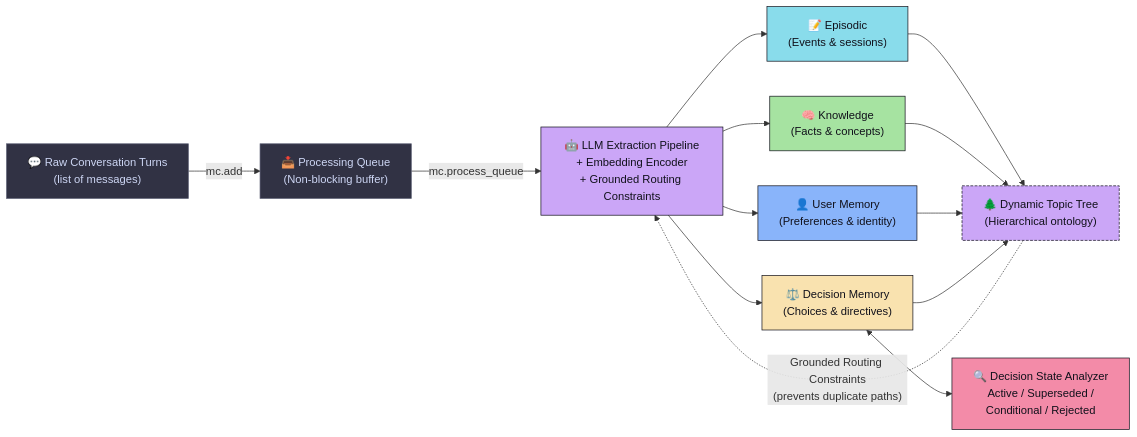
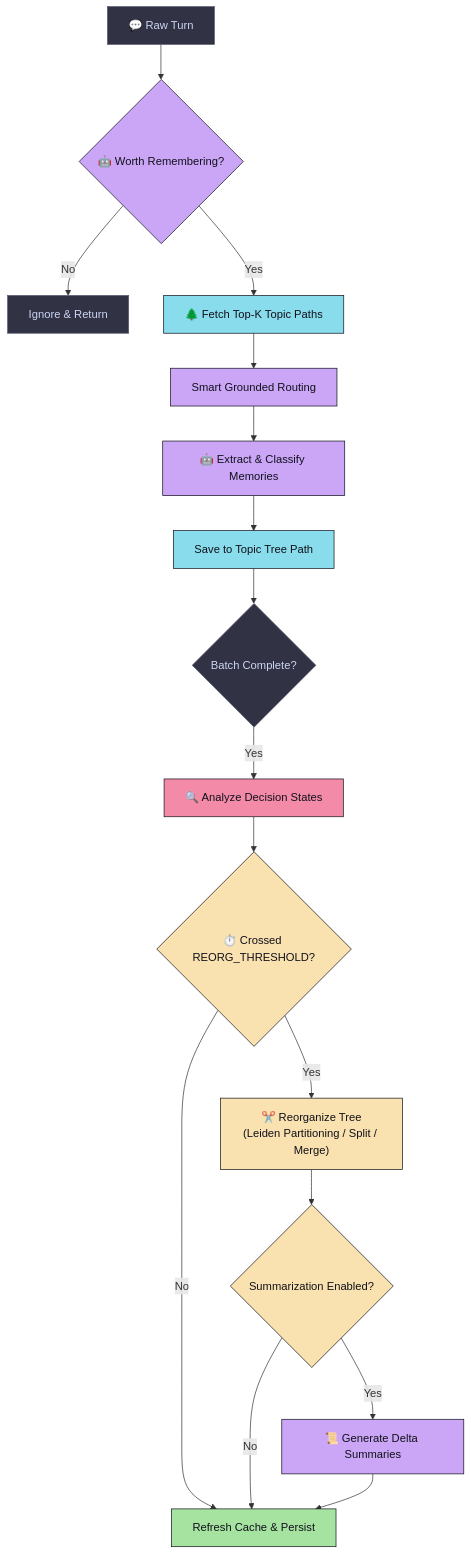
The first of 3 diagrams in README.md (faisalhussain-devs/MindCache), drawn with Mermaid before and after one commit. The commit also changed other lines of this file and 12 other files, not shown here.

Commit message:
fixed bugs related to the multi user feature addition in nodes_summary and root_cache

````diff
--- a/README.md
+++ b/README.md
@@ -55,30 +55,27 @@
 ```mermaid
-flowchart LR
-    classDef queue    fill:#313244,color:#cdd6f4,stroke:#585b70
-    classDef llm      fill:#cba6f7,color:#11111b,stroke:#11111b
-    classDef episodic fill:#89dceb,color:#11111b,stroke:#11111b
-    classDef know     fill:#a6e3a1,color:#11111b,stroke:#11111b
-    classDef user     fill:#89b4fa,color:#11111b,stroke:#11111b
-    classDef decision fill:#f9e2af,color:#11111b,stroke:#11111b
-    classDef analyzer fill:#f38ba8,color:#11111b,stroke:#11111b
-    classDef tree     fill:#cba6f7,color:#11111b,stroke:#11111b,stroke-dasharray:4 2
+flowchart TD
+    classDef dark      fill:#313244,color:#cdd6f4,stroke:#585b70
+    classDef llm       fill:#cba6f7,color:#11111b,stroke:#11111b
+    classDef tree      fill:#89dceb,color:#11111b,stroke:#11111b
+    classDef yellow    fill:#f9e2af,color:#11111b,stroke:#11111b
+    classDef green     fill:#a6e3a1,color:#11111b,stroke:#11111b
+    classDef analyzer  fill:#f38ba8,color:#11111b,stroke:#11111b
 
-    A["💬 Raw Conversation Turns\n(list of messages)"]:::queue
-    B["📥 Processing Queue\n(Non-blocking buffer)"]:::queue
-    C["🤖 LLM Extraction Pipeline\n+ Embedding Encoder\n+ Grounded Routing Constraints"]:::llm
-
-    D1["📝 Episodic\n(Events & sessions)"]:::episodic
-    D2["🧠 Knowledge\n(Facts & concepts)"]:::know
-    D3["👤 User Memory\n(Preferences & identity)"]:::user
-    D4["⚖️ Decision Memory\n(Choices & directives)"]:::decision
-    E["🔍 Decision State Analyzer\nActive / Superseded /\nConditional / Rejected"]:::analyzer
-
-    F["🌲 Dynamic Topic Tree\n(Hierarchical ontology)"]:::tree
-
-    A -- mc.add --> B
-    B -- mc.process_queue --> C
-    C --> D1 & D2 & D3 & D4
-    D4 <--> E
-    D1 & D2 & D3 & D4 --> F
-    F -.->|"Grounded Routing Constraints\n(prevents duplicate paths)"| C
+    A["💬 Raw Turn"]:::dark --> B{"🤖 Worth Remembering?"}:::llm
+    B -- No --> C["Ignore & Return"]:::dark
+    B -- Yes --> D["🌲 Fetch Top-K Topic Paths"]:::tree
+    D --> E["Smart Grounded Routing"]:::llm
+    E --> F["🤖 Extract & Classify Memories"]:::llm
+    F --> G["Save to Topic Tree Path"]:::tree
+    G --> H{"Batch Complete?"}:::dark
+    
+    H -- Yes --> I["🔍 Analyze Decision States"]:::analyzer
+    I --> J{"⏱️ Crossed REORG_THRESHOLD?"}:::yellow
+    
+    J -- No --> K["Refresh Cache & Persist"]:::green
+    J -- Yes --> L["✂️ Reorganize Tree\n(Leiden Partitioning / Split / Merge)"]:::yellow
+    L --> M{"Summarization Enabled?"}:::yellow
+    M -- Yes --> N["📜 Generate Delta Summaries"]:::llm
+    M -- No --> K
+    N --> K
 ```
````
